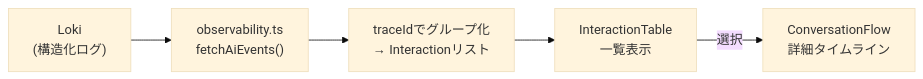
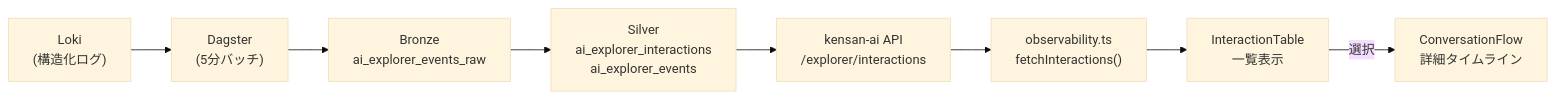
Diagram 12 of 12 in src/ARCHITECTURE.md (yu-min3/kensan), drawn with Mermaid (base theme) before and after one commit. The commit also changed other lines of this file and 172 other files, not shown here.

````diff
--- a/src/ARCHITECTURE.md
+++ b/src/ARCHITECTURE.md
@@ -474,7 +477,10 @@
 ```mermaid
 flowchart LR
-    Loki["Loki<br/>(構造化ログ)"] --> API["observability.ts<br/>fetchAiEvents()"]
-    API --> Parse["traceIdでグループ化<br/>→ Interactionリスト"]
-    Parse --> Table["InteractionTable<br/>一覧表示"]
+    Loki["Loki<br/>(構造化ログ)"] --> Dagster["Dagster<br/>(5分バッチ)"]
+    Dagster --> Bronze["Bronze<br/>ai_explorer_events_raw"]
+    Bronze --> Silver["Silver<br/>ai_explorer_interactions<br/>ai_explorer_events"]
+    Silver --> API["kensan-ai API<br/>/explorer/interactions"]
+    API --> TS["observability.ts<br/>fetchInteractions()"]
+    TS --> Table["InteractionTable<br/>一覧表示"]
     Table -->|選択| Flow["ConversationFlow<br/>詳細タイムライン"]
 ```
````
